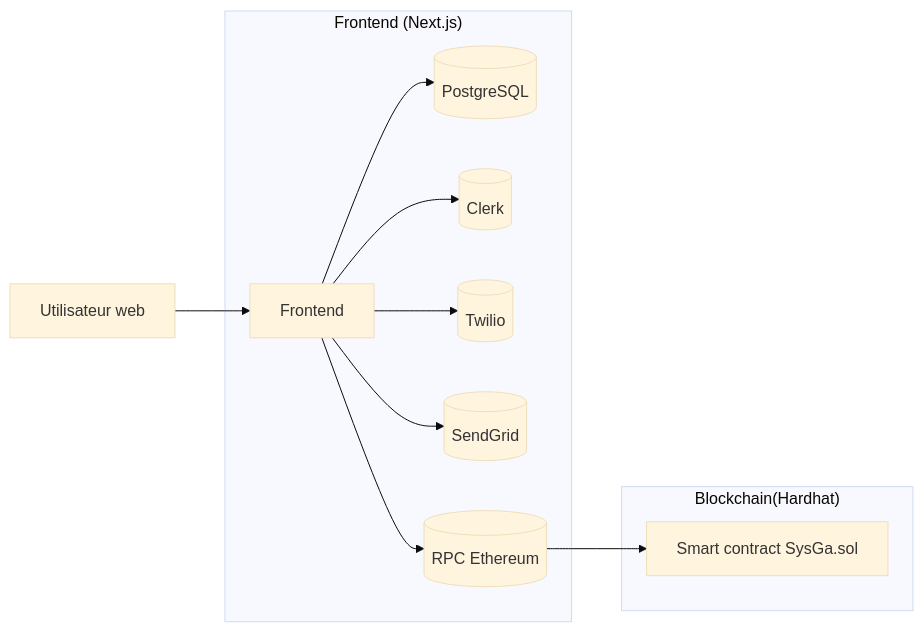
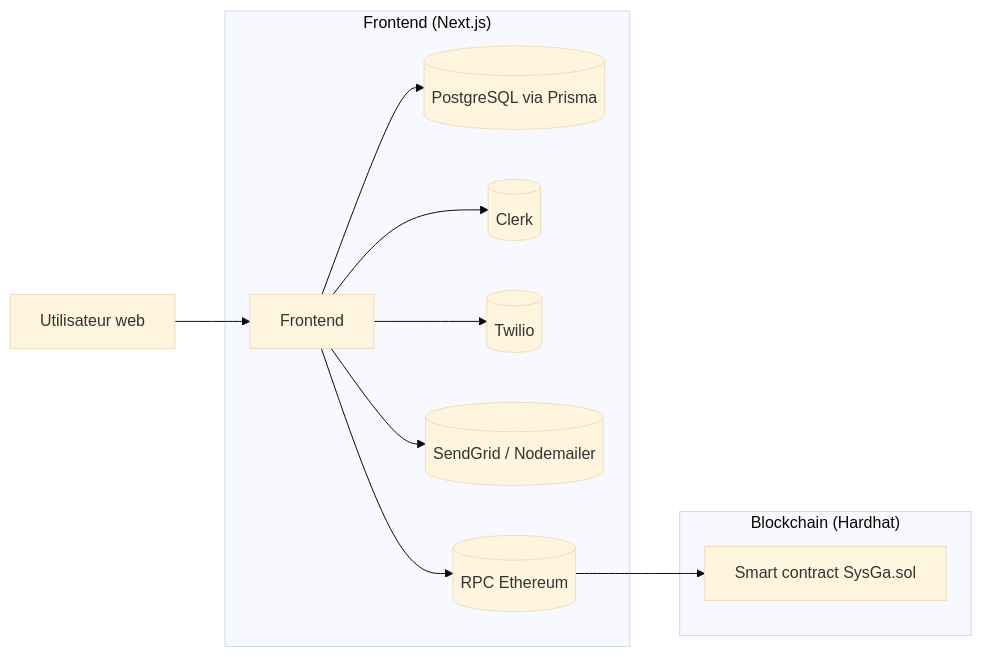
The diagram in README.md (Coritp27/sysga), drawn with Mermaid (base theme) before and after one commit. The commit also changed other lines of this file and 22 other files, not shown here.

````diff
--- a/README.md
+++ b/README.md
@@ -21,14 +24,14 @@
 ```mermaid
 flowchart LR
   U[Utilisateur web] --> FE[Frontend]
   subgraph FrontendZone["Frontend (Next.js)"]
-    FE --> DB[(PostgreSQL)]
+    FE --> DB[(PostgreSQL via Prisma)]
     FE --> Auth[(Clerk)]
     FE --> SMS[(Twilio)]
-    FE --> Mail[(SendGrid)]
+    FE --> Mail[(SendGrid / Nodemailer)]
     FE --> RPC[(RPC Ethereum)]
   end
-  subgraph BackendZone["Blockchain(Hardhat)"]
+  subgraph BackendZone["Blockchain (Hardhat)"]
     RPC --> SC[Smart contract SysGa.sol]
   end
 ```
````
